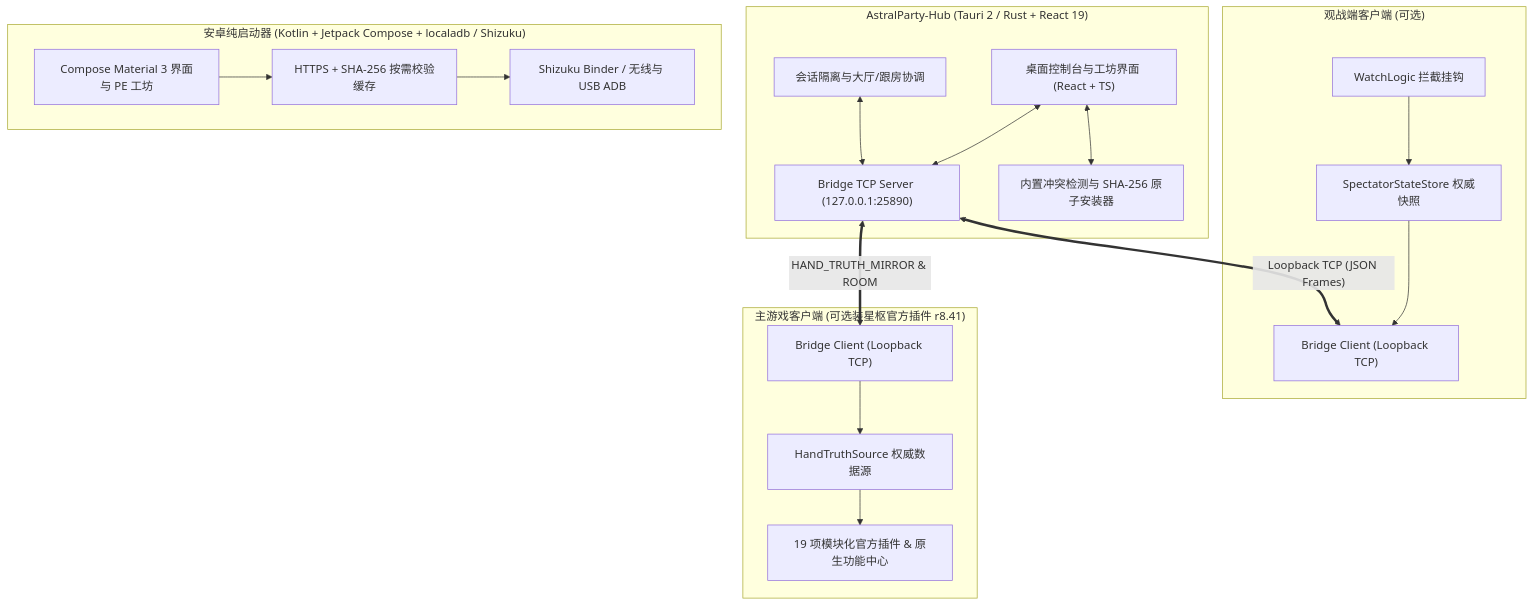
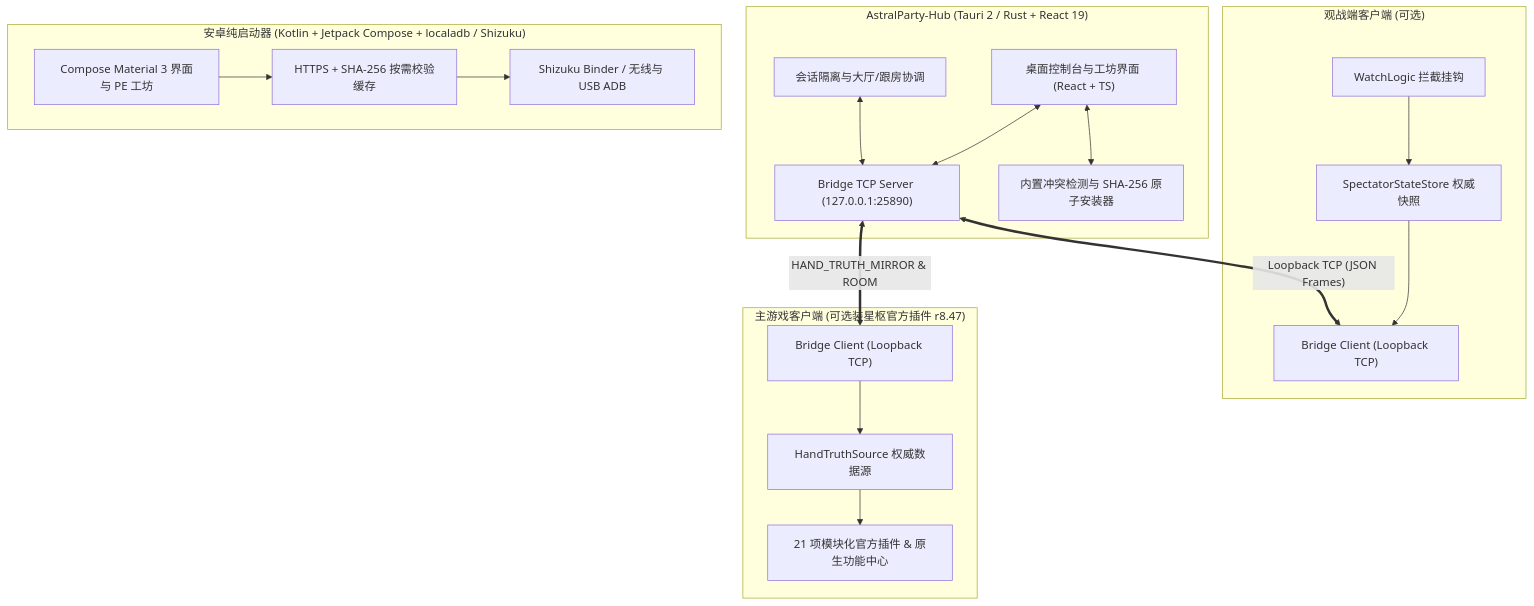
The diagram in README_CN.md (Breezecaresses/AstralParty-XingShu), drawn with Mermaid before and after one commit. The commit also changed other lines of this file and 22 other files, not shown here.

````diff
--- a/README_CN.md
+++ b/README_CN.md
@@ -73,36 +75,36 @@
 ```mermaid
 flowchart TD
     subgraph Hub["AstralParty-Hub (Tauri 2 / Rust + React 19)"]
         UI["桌面控制台与工坊界面 (React + TS)"]
         FSM["会话隔离与大厅/跟房协调"]
         TCPServer["Bridge TCP Server (127.0.0.1:25890)"]
         Workshop["内置冲突检测与 SHA-256 原子安装器"]
         UI <--> TCPServer
         UI <--> Workshop
         FSM <--> TCPServer
     end
 
     subgraph RuntimeSpectator["观战端客户端 (可选)"]
         SpecHook["WatchLogic 拦截挂钩"]
         SpecStore["SpectatorStateStore 权威快照"]
         SpecBridge["Bridge Client (Loopback TCP)"]
         SpecHook --> SpecStore --> SpecBridge
     end
 
-    subgraph RuntimeMain["主游戏客户端 (可选装星枢官方插件 r8.41)"]
+    subgraph RuntimeMain["主游戏客户端 (可选装星枢官方插件 r8.47)"]
         MainBridge["Bridge Client (Loopback TCP)"]
         TruthSource["HandTruthSource 权威数据源"]
-        Modules["19 项模块化官方插件 & 原生功能中心"]
+        Modules["21 项模块化官方插件 & 原生功能中心"]
         MainBridge --> TruthSource --> Modules
     end
 
     subgraph AndroidApp["安卓纯启动器 (Kotlin + Jetpack Compose + localadb / Shizuku)"]
         MobileUI["Compose Material 3 界面与 PE 工坊"]
         PayloadMgr["HTTPS + SHA-256 按需校验缓存"]
         Privileged["Shizuku Binder / 无线与 USB ADB"]
         MobileUI --> PayloadMgr --> Privileged
     end
 
     TCPServer <== "Loopback TCP (JSON Frames)" ==> SpecBridge
     TCPServer <== "HAND_TRUTH_MIRROR & ROOM" ==> MainBridge
 ```
````
